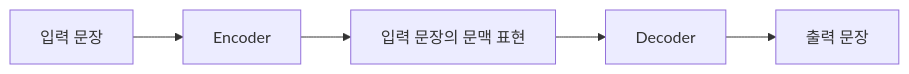
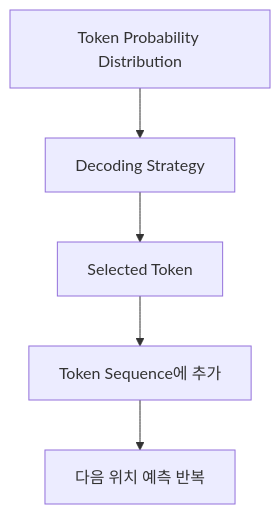
One commit to jwsung91/jwsung91.github.io changed the first of 4 diagrams in src/content/blog/2026-07-02-llm-encoder-only와-decoder-only-구조-이해하기.md. Above: the diagram before and after it, drawn with Mermaid. The commit also changed other lines of this file, not shown here.

Commit message:
Update Blog “2026-07-02-llm-encoder-only와-decoder-only-구조-이해하기”

````diff
--- a/src/content/blog/2026-07-02-llm-encoder-only와-decoder-only-구조-이해하기.md
+++ b/src/content/blog/2026-07-02-llm-encoder-only와-decoder-only-구조-이해하기.md
@@ -35,7 +63,8 @@
 ```mermaid
-flowchart LR
-    A[입력 문장] --> B[Encoder]
-    B --> C[입력 문장의 문맥 표현]
-    C --> D[Decoder]
-    D --> E[출력 문장]
+flowchart TD
+    A[Token Probability Distribution] --> B[Decoding Strategy]
+    B --> C[Selected Token]
+    C --> D[Token Sequence에 추가]
+    D --> E[다음 위치 예측 반복]
+
 ```
````
